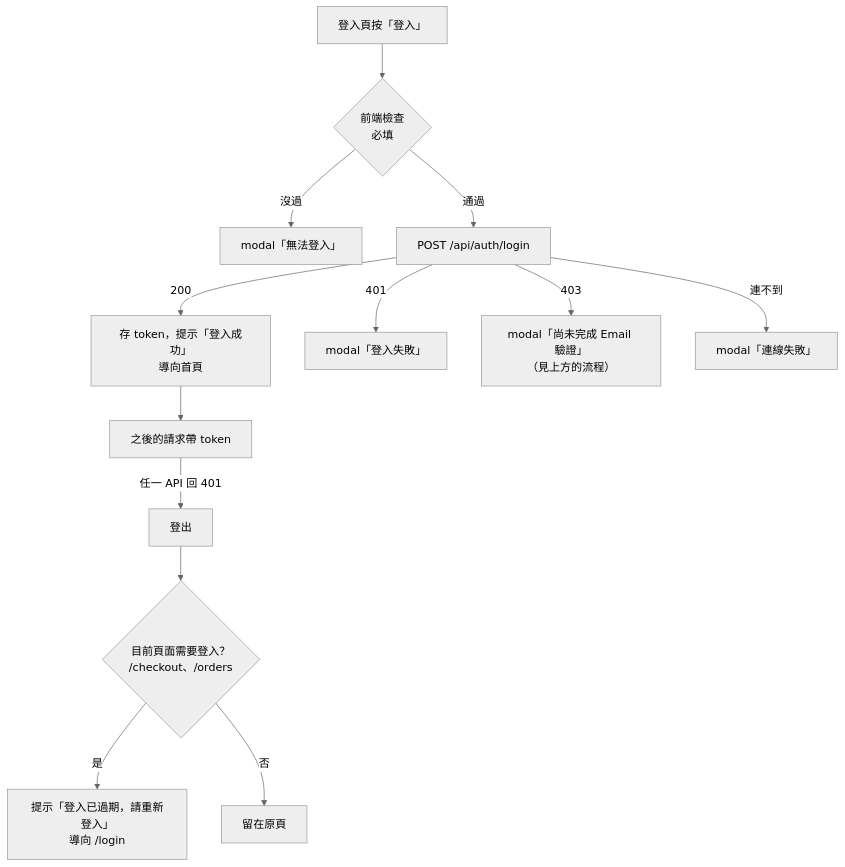
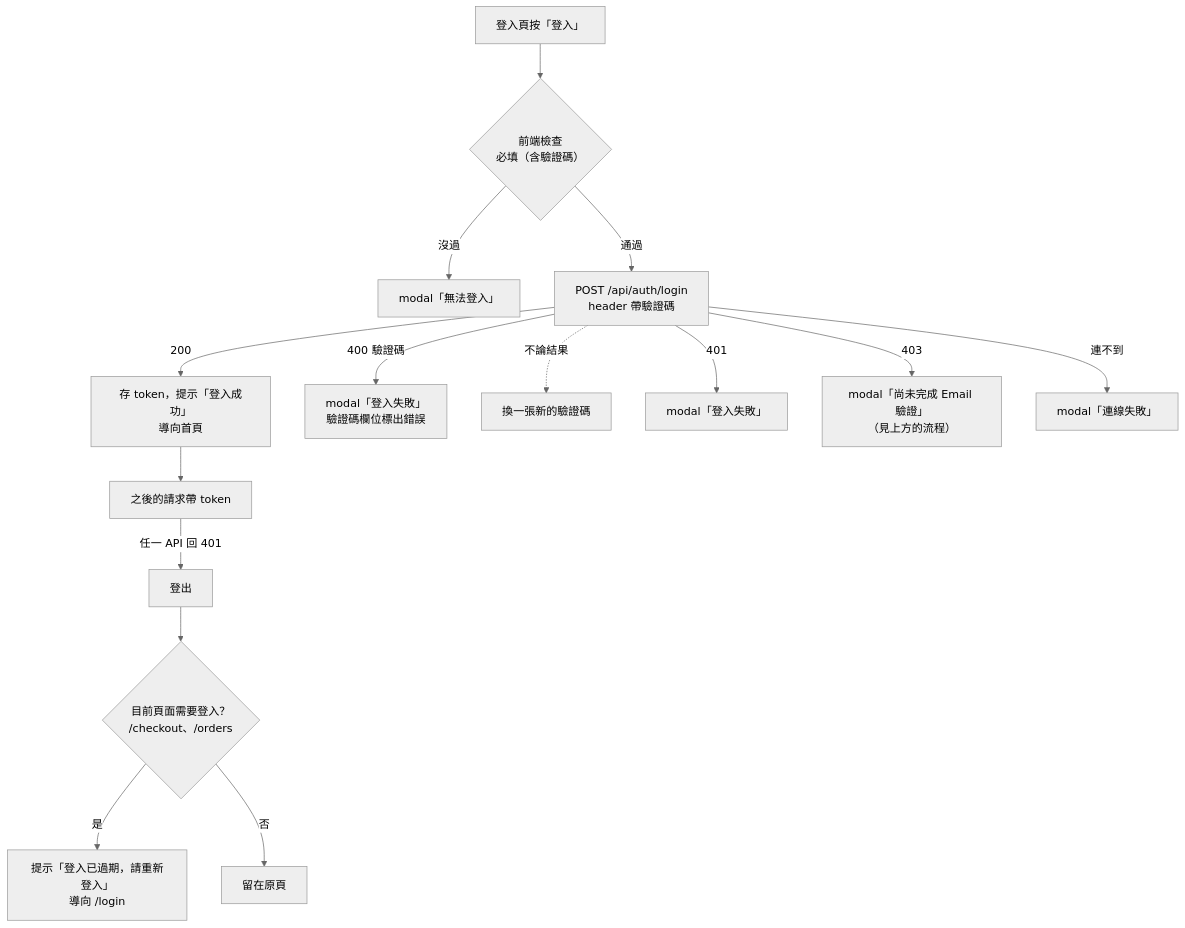
The second of 3 diagrams in docs/modules/Auth.md (Jen-Chieh-Yu/konbini), drawn with Mermaid (neutral theme) before and after one commit. The commit also changed other lines of this file and 27 other files, not shown here.

First line of the commit message:
feat: 登入加上圖形驗證碼 (#51)

````diff
--- a/docs/modules/Auth.md
+++ b/docs/modules/Auth.md
@@ -47,15 +49,17 @@
 ```mermaid
 flowchart TD
-  L["登入頁按「登入」"] --> V{"前端檢查<br>必填"}
+  L["登入頁按「登入」"] --> V{"前端檢查<br>必填（含驗證碼）"}
   V -- 沒過 --> M1["modal「無法登入」"]
-  V -- 通過 --> API["POST /api/auth/login"]
+  V -- 通過 --> API["POST /api/auth/login<br>header 帶驗證碼"]
   API -- 200 --> OK["存 token，提示「登入成功」<br>導向首頁"]
+  API -- "400 驗證碼" --> M5["modal「登入失敗」<br>驗證碼欄位標出錯誤"]
+  API -. 不論結果 .-> NC["換一張新的驗證碼"]
   API -- 401 --> M2["modal「登入失敗」"]
   API -- 403 --> M4["modal「尚未完成 Email 驗證」<br>（見上方的流程）"]
   API -- 連不到 --> M3["modal「連線失敗」"]
   OK --> U["之後的請求帶 token"]
   U -- "任一 API 回 401" --> O["登出"]
   O --> Q{"目前頁面需要登入？<br>/checkout、/orders"}
   Q -- 是 --> R["提示「登入已過期，請重新登入」<br>導向 /login"]
   Q -- 否 --> S["留在原頁"]
 ```
````
